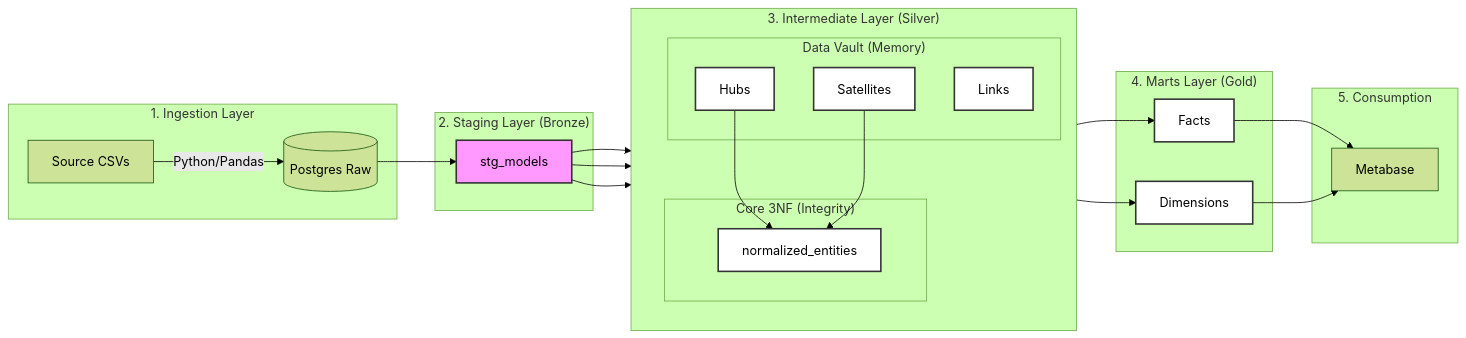
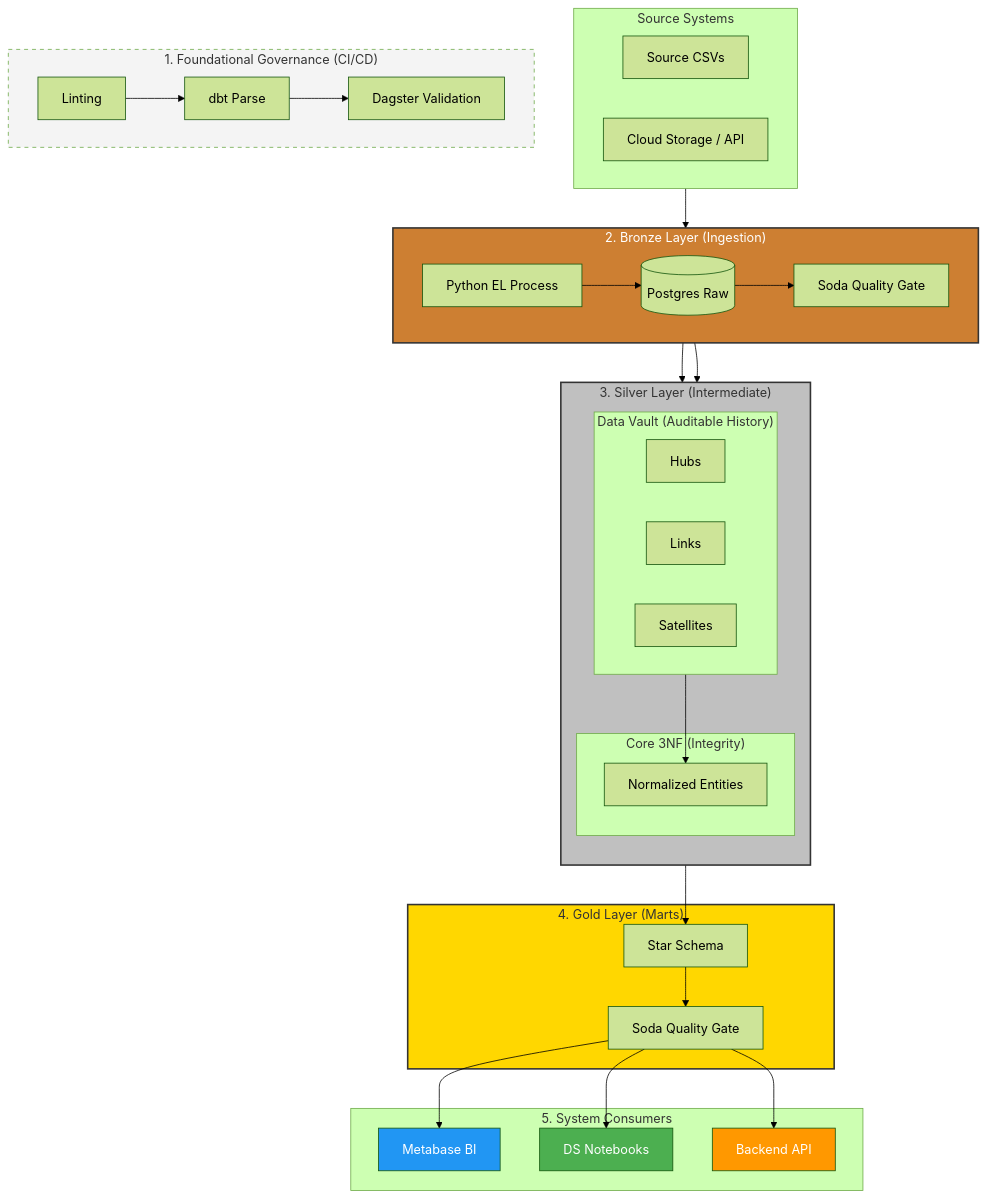
One commit to 26-jorge-01/analytics-modeling-lab changed the diagram in docs/diagrams/architecture.mmd. Above: the diagram before and after it, drawn with Mermaid (forest theme). The commit also changed 4 other files, not shown here.

```diff
--- a/docs/diagrams/architecture.mmd
+++ b/docs/diagrams/architecture.mmd
@@ -1,39 +1,59 @@
-graph LR
-    subgraph Ingestion["1. Ingestion Layer"]
-        CSV[Source CSVs] --> |Python/Pandas| Raw[(Postgres Raw)]
+graph TB
+    %% =======================================================
+    %% Strategic Data Flow: The Medallion Paradigm
+    %% =======================================================
+
+    subgraph SD["Source Systems"]
+        CSV[Source CSVs]
+        S3[Cloud Storage / API]
     end
 
-    subgraph Staging["2. Staging Layer (Bronze)"]
-        Raw --> STG[stg_models]
-        style STG fill:#f9f,stroke:#333,stroke-width:2px
+    subgraph CI["1. Foundational Governance (CI/CD)"]
+        direction LR
+        Lint[Linting] --> DP[dbt Parse]
+        DP --> DVC[Dagster Validation]
     end
 
-    subgraph Intermediate["3. Intermediate Layer (Silver)"]
+    subgraph Bronze["2. Bronze Layer (Ingestion)"]
+        direction LR
+        EL[Python EL Process] --> Raw[(Postgres Raw)]
+        Raw --> SodaB[Soda Quality Gate]
+    end
+
+    subgraph Silver["3. Silver Layer (Intermediate)"]
         direction TB
-        subgraph Vault["Data Vault (Memory)"]
+        subgraph DV["Data Vault (Auditable History)"]
             Hubs[Hubs]
             Links[Links]
             Sats[Satellites]
         end
         subgraph Core["Core 3NF (Integrity)"]
-            CoreT[normalized_entities]
+            Norm[Normalized Entities]
         end
-        STG --> Hubs
-        STG --> Links
-        STG --> Sats
-        Hubs --> CoreT
-        Sats --> CoreT
+        DV --> Norm
     end
 
-    subgraph Marts["4. Marts Layer (Gold)"]
-        CoreT --> Facts[Facts]
-        CoreT --> Dims[Dimensions]
+    subgraph Gold["4. Gold Layer (Marts)"]
+        Norm --> Star[Star Schema]
+        Star --> SodaG[Soda Quality Gate]
     end
 
-    subgraph BI["5. Consumption"]
-        Facts --> Dashboards[Metabase]
-        Dims --> Dashboards
+    subgraph Consumption["5. System Consumers"]
+        SodaG --> MB[Metabase BI]
+        SodaG --> NB[DS Notebooks]
+        SodaG --> API[Backend API]
     end
 
-    classDef standard fill:#fff,stroke:#333,stroke-width:2px;
-    class Hubs,Links,Sats,CoreT,Facts,Dims standard;
+    %% Flow Connections
+    SD --> EL
+    SodaB --> DV
+    SodaB --> Norm
+    
+    %% Styling
+    style Bronze fill:#cd7f32,stroke:#333,stroke-width:2px,color:#fff
+    style Silver fill:#c0c0c0,stroke:#333,stroke-width:2px,color:#333
+    style Gold fill:#ffd700,stroke:#333,stroke-width:2px,color:#333
+    style CI fill:#f4f4f4,stroke-dasharray: 5 5
+    style MB fill:#2196f3,color:#fff
+    style NB fill:#4caf50,color:#fff
+    style API fill:#ff9800,color:#fff
```
